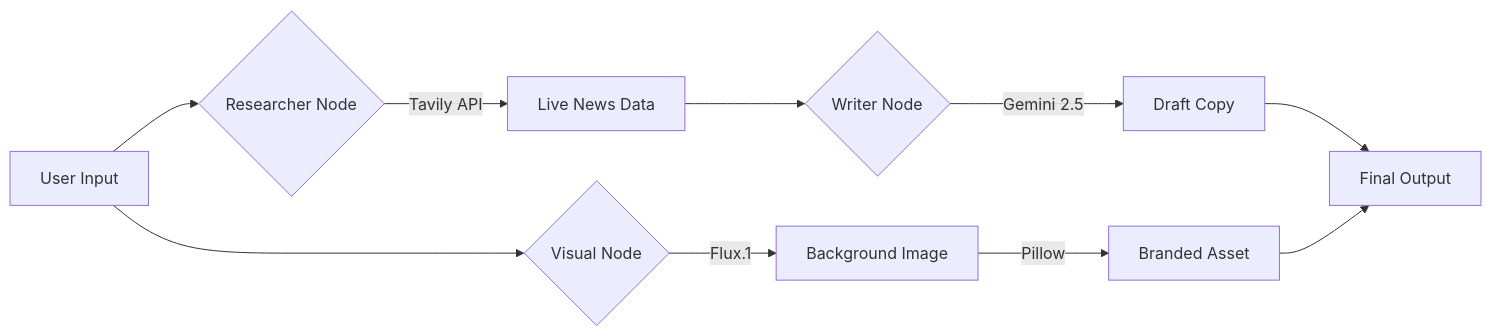
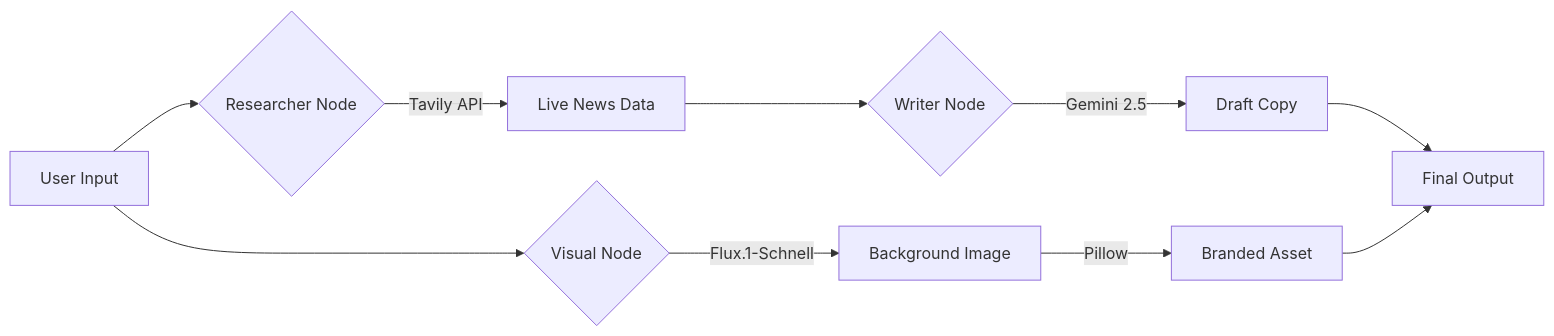
Before and after one commit to Eatosin/NewsAgent-Pro: the diagram in README.md, drawn with Mermaid. The commit also changed other lines of this file, not shown here.

````diff
--- a/README.md
+++ b/README.md
@@ -42,12 +35,12 @@
 ```mermaid
 graph LR
     A[User Input] --> B{Researcher Node}
     B -->|Tavily API| C[Live News Data]
     C --> D{Writer Node}
     D -->|Gemini 2.5| E[Draft Copy]
     A --> F{Visual Node}
-    F -->|Flux.1| G[Background Image]
+    F -->|Flux.1-Schnell| G[Background Image]
     G -->|Pillow| H[Branded Asset]
     E --> I[Final Output]
     H --> I
 ```
````
